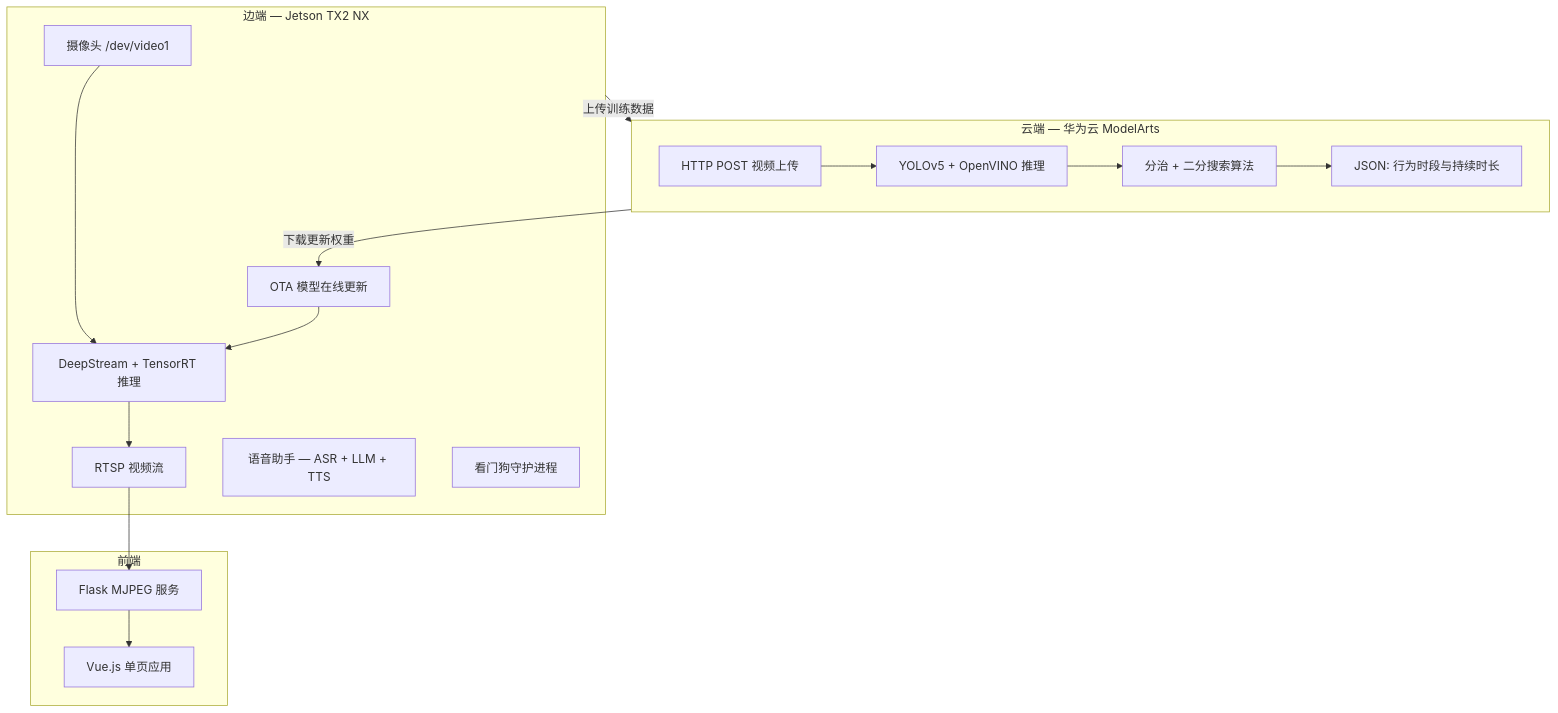
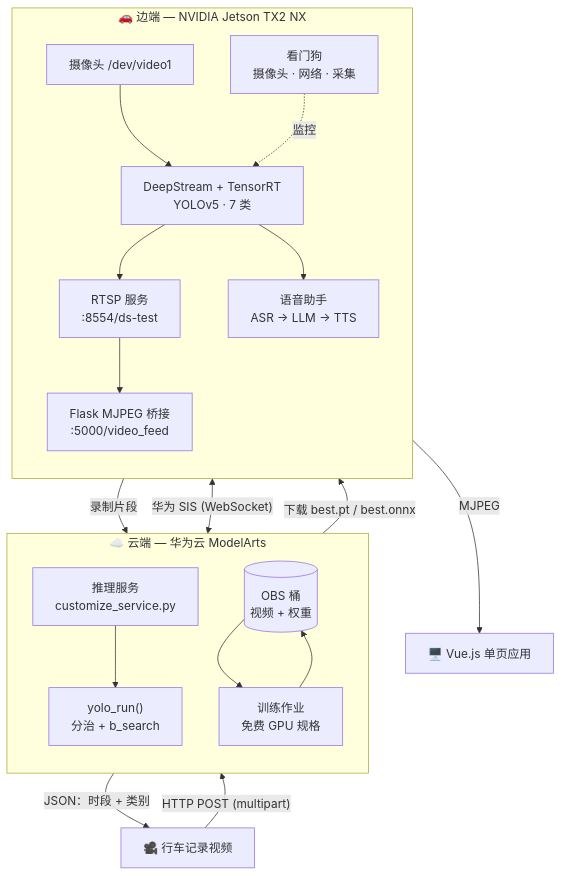
The first of 4 diagrams in README_zh.md (Nobody-Zhang/DriveVigil), drawn with Mermaid before and after one commit. The commit also changed other lines of this file and 1 other file, not shown here.

First line of the commit message:
docs: expand README (EN + 中文) with refined diagrams and tutorials

````diff
--- a/README_zh.md
+++ b/README_zh.md
@@ -15,31 +62,36 @@
 ```mermaid
-graph TB
-    subgraph Cloud["云端 — 华为云 ModelArts"]
-        Upload[HTTP POST 视频上传]
-        YOLOv5[YOLOv5 + OpenVINO 推理]
-        DnC[分治 + 二分搜索算法]
-        Result[JSON: 行为时段与持续时长]
-        Upload --> YOLOv5 --> DnC --> Result
+flowchart TB
+    client["🎥 行车记录视频"]
+
+    subgraph cloud["☁️ 云端 — 华为云 ModelArts"]
+        direction TB
+        svc["推理服务<br/>customize_service.py"]
+        algo["yolo_run()<br/>分治 + b_search"]
+        obs[("OBS 桶<br/>视频 + 权重")]
+        train["训练作业<br/>免费 GPU 规格"]
+        svc --> algo
+        obs --> train --> obs
     end
 
-    subgraph Edge["边端 — Jetson TX2 NX"]
-        Camera[摄像头 /dev/video1]
-        DS[DeepStream + TensorRT 推理]
-        RTSP[RTSP 视频流]
-        Camera --> DS --> RTSP
-
-        OTA[OTA 模型在线更新]
-        Voice[语音助手 — ASR + LLM + TTS]
-        Watchdog[看门狗守护进程]
+    subgraph edge["🚗 边端 — NVIDIA Jetson TX2 NX"]
+        direction TB
+        cam["摄像头 /dev/video1"]
+        ds["DeepStream + TensorRT<br/>YOLOv5 · 7 类"]
+        rtsp["RTSP 服务<br/>:8554/ds-test"]
+        bridge["Flask MJPEG 桥接<br/>:5000/video_feed"]
+        voice["语音助手<br/>ASR → LLM → TTS"]
+        wd["看门狗<br/>摄像头 · 网络 · 采集"]
+        cam --> ds --> rtsp --> bridge
+        ds --> voice
+        wd -.监控.-> ds
     end
 
-    subgraph Frontend["前端"]
-        Vue[Vue.js 单页应用]
-        Flask[Flask MJPEG 服务]
-        RTSP --> Flask --> Vue
-    end
+    ui["🖥️ Vue.js 单页应用"]
 
-    Edge -- "上传训练数据" --> Cloud
-    Cloud -- "下载更新权重" --> OTA
-    OTA --> DS
+    client -->|"HTTP POST (multipart)"| svc
+    svc -->|"JSON：时段 + 类别"| client
+    bridge -->|MJPEG| ui
+    ds -->|"录制片段"| obs
+    obs -->|"下载 best.pt / best.onnx"| ds
+    voice <-->|"华为 SIS (WebSocket)"| cloud
 ```
````
